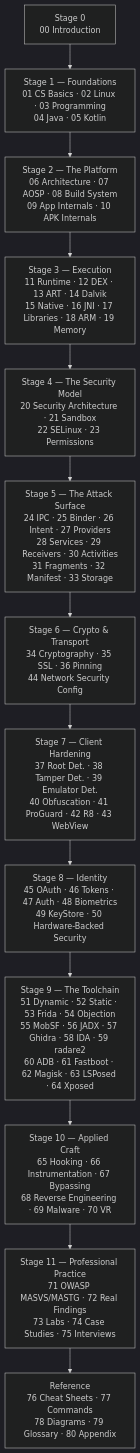
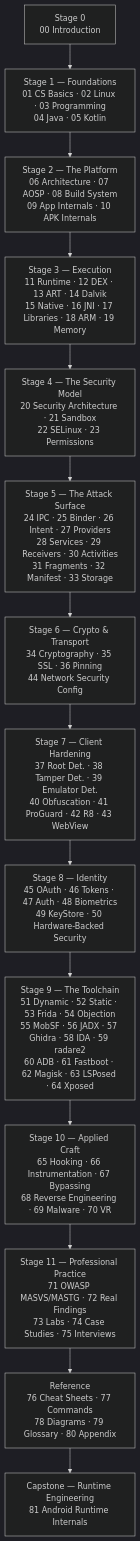
One commit to FlyPhantomFly/android-security-handbook changed the diagram in README.md. Above: the diagram before and after it, drawn with Mermaid (dark theme). The commit also changed other lines of this file and 96 other files, not shown here.

First line of the commit message:
Add Android Runtime Internals capstone and fix corpus counts and links

````diff
--- a/README.md
+++ b/README.md
@@ -45,15 +45,16 @@
 ```mermaid
 flowchart TD
     A["Stage 0<br/>00 Introduction"] --> B["Stage 1 — Foundations<br/>01 CS Basics · 02 Linux · 03 Programming<br/>04 Java · 05 Kotlin"]
     B --> C["Stage 2 — The Platform<br/>06 Architecture · 07 AOSP · 08 Build System<br/>09 App Internals · 10 APK Internals"]
     C --> D["Stage 3 — Execution<br/>11 Runtime · 12 DEX · 13 ART · 14 Dalvik<br/>15 Native · 16 JNI · 17 Libraries · 18 ARM · 19 Memory"]
     D --> E["Stage 4 — The Security Model<br/>20 Security Architecture · 21 Sandbox<br/>22 SELinux · 23 Permissions"]
     E --> F["Stage 5 — The Attack Surface<br/>24 IPC · 25 Binder · 26 Intent · 27 Providers<br/>28 Services · 29 Receivers · 30 Activities<br/>31 Fragments · 32 Manifest · 33 Storage"]
     F --> G["Stage 6 — Crypto & Transport<br/>34 Cryptography · 35 SSL · 36 Pinning<br/>44 Network Security Config"]
     G --> H["Stage 7 — Client Hardening<br/>37 Root Det. · 38 Tamper Det. · 39 Emulator Det.<br/>40 Obfuscation · 41 ProGuard · 42 R8 · 43 WebView"]
     H --> I["Stage 8 — Identity<br/>45 OAuth · 46 Tokens · 47 Auth · 48 Biometrics<br/>49 KeyStore · 50 Hardware-Backed Security"]
     I --> J["Stage 9 — The Toolchain<br/>51 Dynamic · 52 Static · 53 Frida · 54 Objection<br/>55 MobSF · 56 JADX · 57 Ghidra · 58 IDA · 59 radare2<br/>60 ADB · 61 Fastboot · 62 Magisk · 63 LSPosed · 64 Xposed"]
     J --> K["Stage 10 — Applied Craft<br/>65 Hooking · 66 Instrumentation · 67 Bypassing<br/>68 Reverse Engineering · 69 Malware · 70 VR"]
     K --> L["Stage 11 — Professional Practice<br/>71 OWASP MASVS/MASTG · 72 Real Findings<br/>73 Labs · 74 Case Studies · 75 Interviews"]
     L --> M["Reference<br/>76 Cheat Sheets · 77 Commands<br/>78 Diagrams · 79 Glossary · 80 Appendix"]
+    M --> N["Capstone — Runtime Engineering<br/>81 Android Runtime Internals"]
 ```
````
